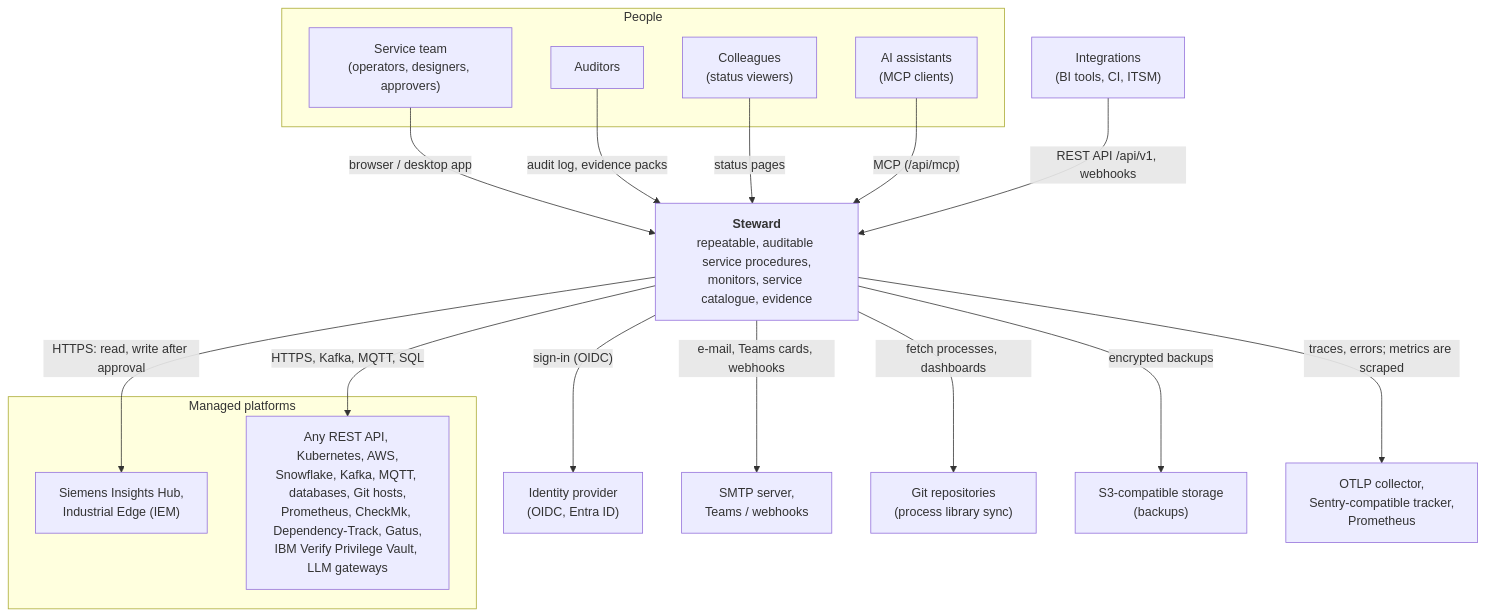
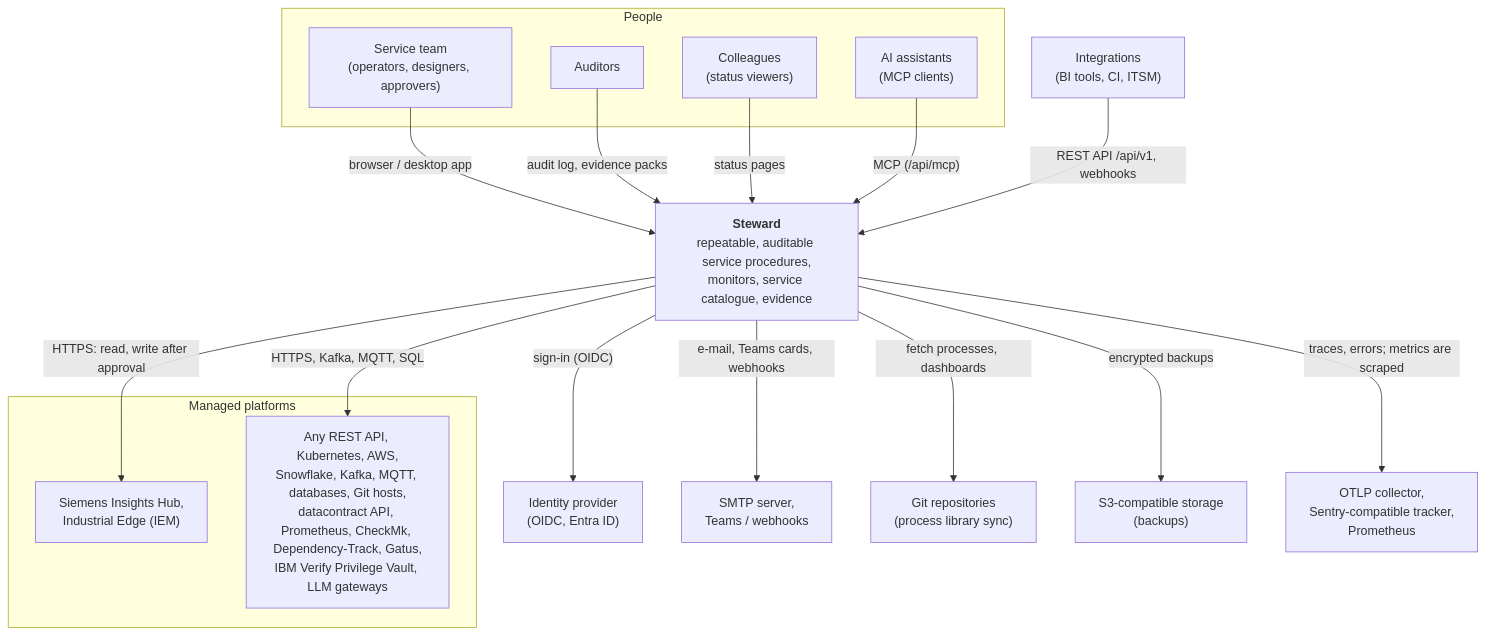
Before and after one commit to vxrz/Steward: the first of 2 diagrams in docs/ARCHITECTURE.md, drawn with Mermaid. The commit also changed other lines of this file and 6 other files, not shown here.

````diff
--- a/docs/ARCHITECTURE.md
+++ b/docs/ARCHITECTURE.md
@@ -9,36 +9,36 @@
 ```mermaid
 flowchart TB
   subgraph people [People]
     ops["Service team<br/>(operators, designers, approvers)"]
     aud["Auditors"]
     viewers["Colleagues<br/>(status viewers)"]
     ai["AI assistants<br/>(MCP clients)"]
   end
 
   steward["<b>Steward</b><br/>repeatable, auditable service procedures,<br/>monitors, service catalogue, evidence"]
 
   subgraph platforms [Managed platforms]
     ih["Siemens Insights Hub,<br/>Industrial Edge (IEM)"]
-    rest["Any REST API, Kubernetes, AWS,<br/>Snowflake, Kafka, MQTT, databases, Git hosts,<br/>Prometheus, CheckMk, Dependency-Track, Gatus,<br/>IBM Verify Privilege Vault, LLM gateways"]
+    rest["Any REST API, Kubernetes, AWS,<br/>Snowflake, Kafka, MQTT, databases, Git hosts,<br/>datacontract API, Prometheus, CheckMk, Dependency-Track, Gatus,<br/>IBM Verify Privilege Vault, LLM gateways"]
   end
 
   idp["Identity provider<br/>(OIDC, Entra ID)"]
   mail["SMTP server,<br/>Teams / webhooks"]
   git["Git repositories<br/>(process library sync)"]
   s3["S3-compatible storage<br/>(backups)"]
   obs["OTLP collector,<br/>Sentry-compatible tracker,<br/>Prometheus"]
   int["Integrations<br/>(BI tools, CI, ITSM)"]
 
   ops -->|"browser / desktop app"| steward
   aud -->|"audit log, evidence packs"| steward
   viewers -->|"status pages"| steward
   ai -->|"MCP (/api/mcp)"| steward
   int -->|"REST API /api/v1, webhooks"| steward
   steward -->|"HTTPS: read, write after approval"| ih
   steward -->|"HTTPS, Kafka, MQTT, SQL"| rest
   steward -->|"sign-in (OIDC)"| idp
   steward -->|"e-mail, Teams cards, webhooks"| mail
   steward -->|"fetch processes, dashboards"| git
   steward -->|"encrypted backups"| s3
   steward -->|"traces, errors; metrics are scraped"| obs
 ```
````
